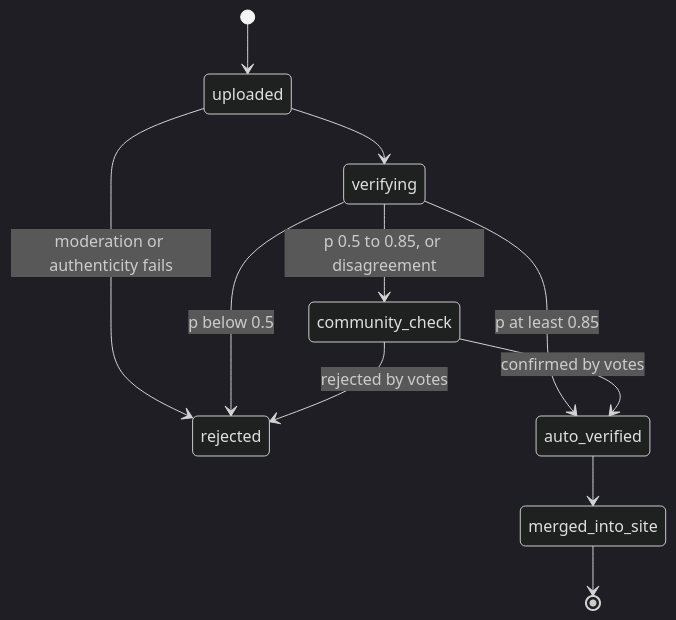
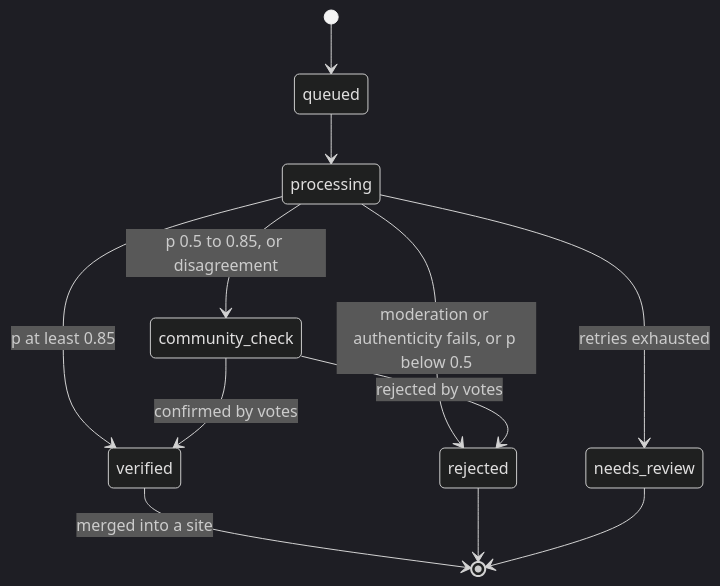
Before and after one commit to Girish-Garg/JunkSnap: the second of 2 diagrams in docs/architecture.md, drawn with Mermaid (dark theme). The commit also changed other lines of this file and 11 other files, not shown here.

````diff
--- a/docs/architecture.md
+++ b/docs/architecture.md
@@ -64,13 +81,14 @@
 ```mermaid
 stateDiagram-v2
-  [*] --> uploaded
-  uploaded --> rejected: moderation or authenticity fails
-  uploaded --> verifying
-  verifying --> auto_verified: p at least 0.85
-  verifying --> community_check: p 0.5 to 0.85, or disagreement
-  verifying --> rejected: p below 0.5
-  community_check --> auto_verified: confirmed by votes
+  [*] --> queued
+  queued --> processing
+  processing --> rejected: moderation or authenticity fails, or p below 0.5
+  processing --> verified: p at least 0.85
+  processing --> community_check: p 0.5 to 0.85, or disagreement
+  processing --> needs_review: retries exhausted
+  community_check --> verified: confirmed by votes
   community_check --> rejected: rejected by votes
-  auto_verified --> merged_into_site
-  merged_into_site --> [*]
+  verified --> [*]: merged into a site
+  rejected --> [*]
+  needs_review --> [*]
 ```
````
